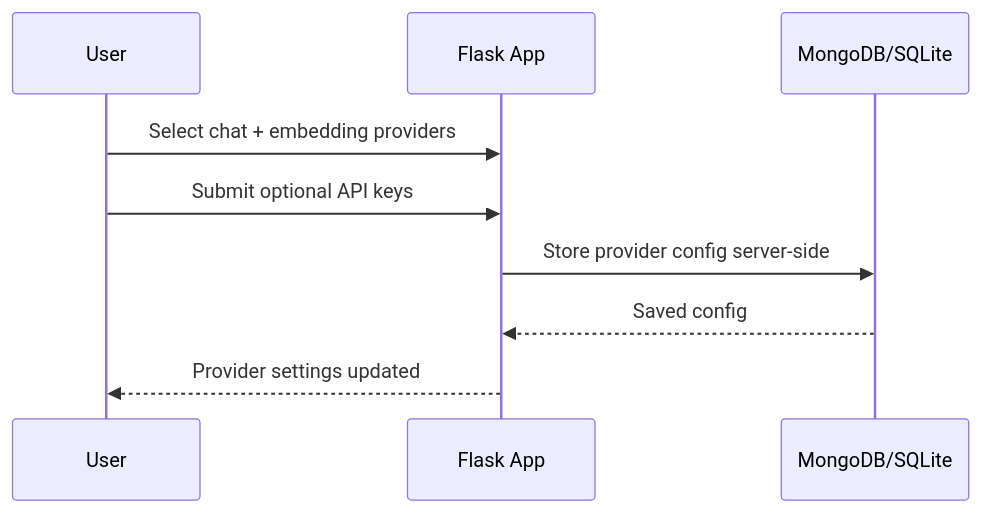
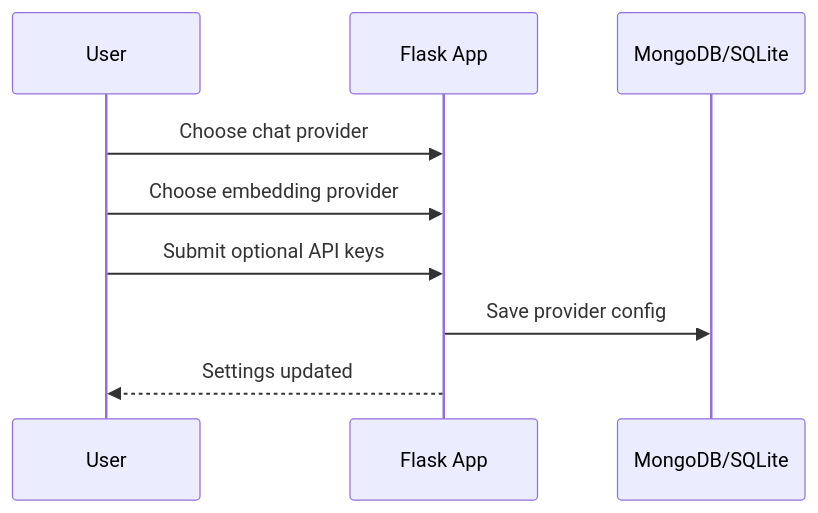
One commit to Valo-Asura/custom_ai_bot changed the second of 4 diagrams in README.md. Above: the diagram before and after it, drawn with Mermaid. The commit also changed other lines of this file and 177 other files, not shown here.

````diff
--- a/README.md
+++ b/README.md
@@ -58,12 +86,12 @@
 ```mermaid
 sequenceDiagram
     participant U as User
     participant A as Flask App
     participant DB as MongoDB/SQLite
 
-    U->>A: Select chat + embedding providers
+    U->>A: Choose chat provider
+    U->>A: Choose embedding provider
     U->>A: Submit optional API keys
-    A->>DB: Store provider config server-side
-    DB-->>A: Saved config
-    A-->>U: Provider settings updated
+    A->>DB: Save provider config
+    A-->>U: Settings updated
 ```
````
